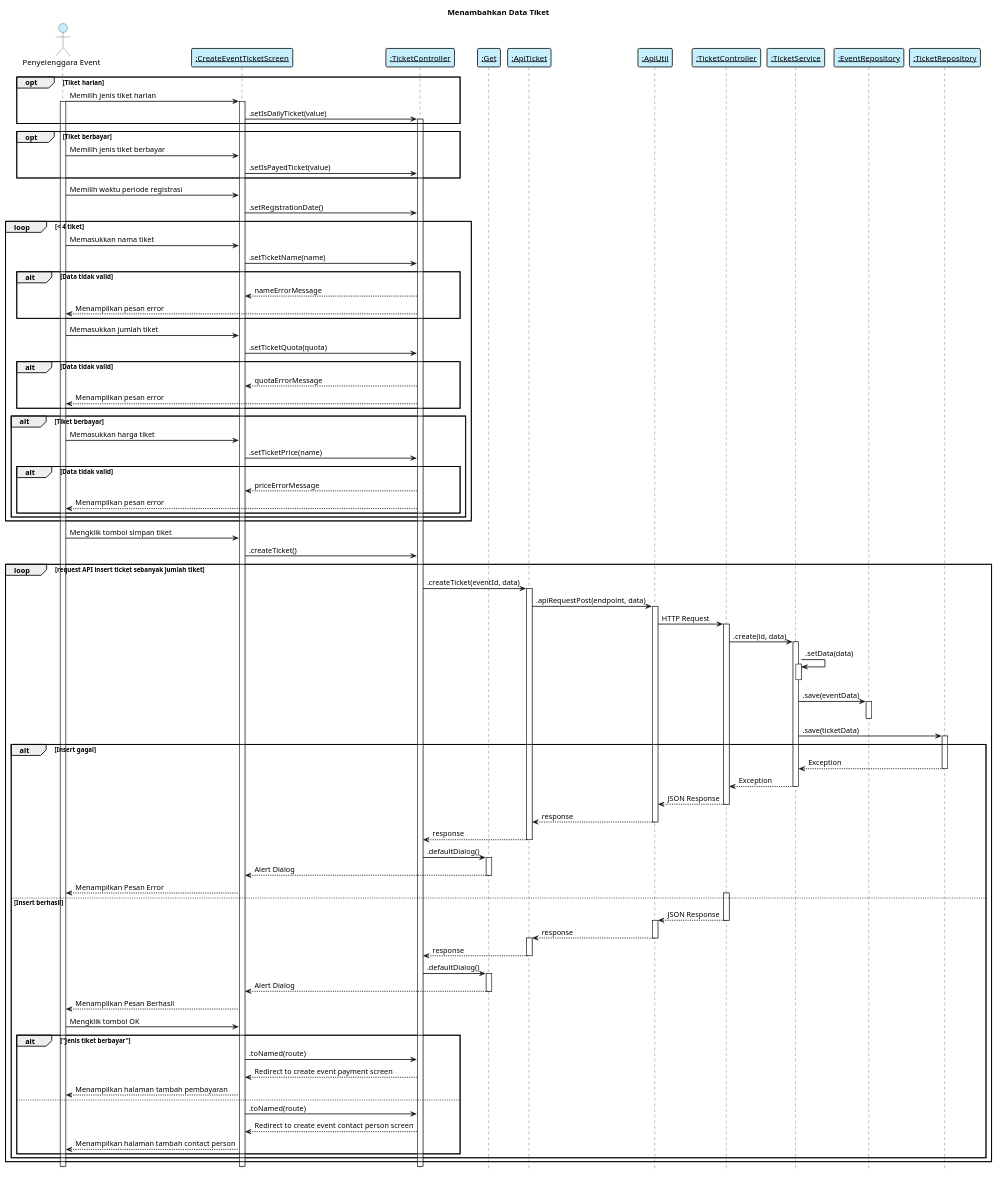
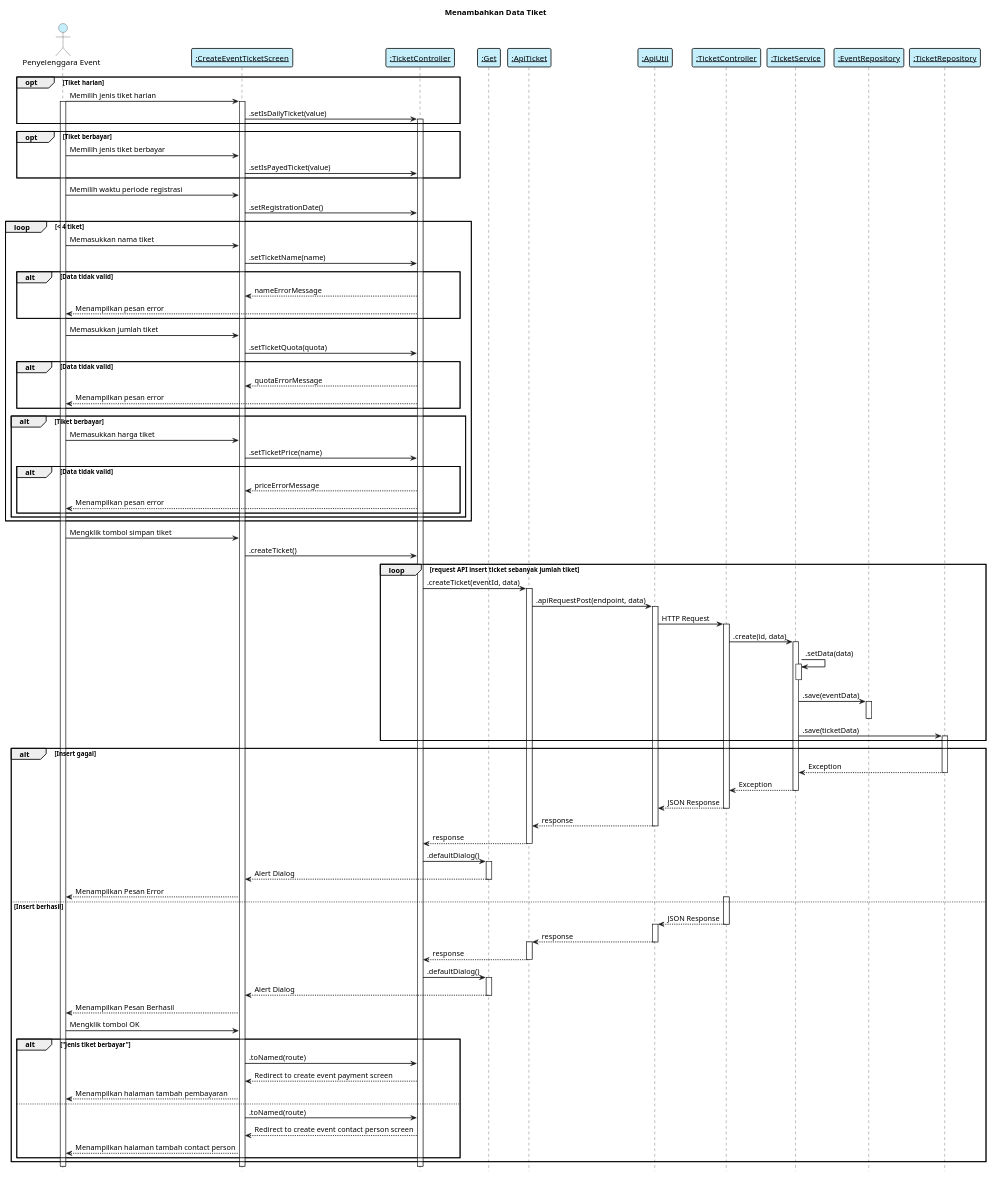
Before and after one commit to irfanfarras10/myevent-sequence: the diagram in menambahkan data tiket.wsd, drawn with PlantUML. The commit also changed 1 other file, not shown here.

```diff
--- a/menambahkan data tiket.wsd
+++ b/menambahkan data tiket.wsd
@@ -1,130 +1,131 @@
 @startuml menambahkan data tiket
 
     title "Menambahkan Data Tiket"
     hide footbox
     skinparam shadowing false
     skinparam sequence {    
         ArrowThickness 1.5
         ActorFontName Century Gothic
         ActorBackgroundColor  #C6EFFC
         ArrowFontName Century Gothic
         ParticipantBorderThickness 1.5
         ParticipantBackgroundColor #C6EFFC
     }
 
     actor "Penyelenggara Event" as eo
     participant "__:CreateEventTicketScreen__" as viewTicket
     participant "__:TicketController__" as controllerTicket
     participant "__:Get__" as libGet
     participant "__:ApiTicket__" as apiTicket
     participant "__:ApiUtil__" as apiUtil
     participant "__:TicketController__" as controllerTicketBackend
     participant "__:TicketService__" as serviceTicket
     participant "__:EventRepository__" as repositoryEvent
     participant "__:TicketRepository__" as repositoryTicket
 
     opt Tiket harian
         eo -> viewTicket: Memilih jenis tiket harian
         activate eo
         activate viewTicket
         viewTicket -> controllerTicket: .setIsDailyTicket(value)
         activate controllerTicket
     end
 
     opt Tiket berbayar
         eo -> viewTicket: Memilih jenis tiket berbayar
         viewTicket -> controllerTicket: .setIsPayedTicket(value)
     end
     
     eo -> viewTicket: Memilih waktu periode registrasi
     viewTicket -> controllerTicket: .setRegistrationDate()
 
     loop < 4 tiket
         eo -> viewTicket: Memasukkan nama tiket
         viewTicket -> controllerTicket: .setTicketName(name)
         alt Data tidak valid
             viewTicket <-- controllerTicket: nameErrorMessage
             eo <-- controllerTicket: Menampilkan pesan error
         end
 
         eo -> viewTicket: Memasukkan jumlah tiket 
         viewTicket -> controllerTicket: .setTicketQuota(quota)
         alt Data tidak valid
             viewTicket <-- controllerTicket: quotaErrorMessage
             eo <-- controllerTicket: Menampilkan pesan error
         end
 
         alt Tiket berbayar
             eo -> viewTicket: Memasukkan harga tiket 
             viewTicket -> controllerTicket: .setTicketPrice(name)
             alt Data tidak valid
                 viewTicket <-- controllerTicket: priceErrorMessage
                 eo <-- controllerTicket: Menampilkan pesan error
             end
         end
     end
 
     eo -> viewTicket: Mengklik tombol simpan tiket
     viewTicket -> controllerTicket: .createTicket()
     loop request API insert ticket sebanyak jumlah tiket
         controllerTicket -> apiTicket: .createTicket(eventId, data)
         activate apiTicket
         apiTicket -> apiUtil: .apiRequestPost(endpoint, data)
         activate apiUtil
         apiUtil -> controllerTicketBackend: HTTP Request
         activate controllerTicketBackend
         controllerTicketBackend -> serviceTicket: .create(id, data)
         activate serviceTicket
         serviceTicket -> serviceTicket: .setData(data)
         activate serviceTicket
         deactivate serviceTicket
         serviceTicket -> repositoryEvent: .save(eventData)
         activate repositoryEvent
         deactivate repositoryEvent
         serviceTicket -> repositoryTicket: .save(ticketData)
         activate repositoryTicket
-        alt Insert gagal
+    end
+
+      alt Insert gagal
             repositoryTicket --> serviceTicket: Exception
             deactivate 
             serviceTicket --> controllerTicketBackend: Exception
             deactivate 
             controllerTicketBackend --> apiUtil: JSON Response
             deactivate 
             apiUtil --> apiTicket: response 
             deactivate 
             apiTicket --> controllerTicket: response 
             deactivate 
             controllerTicket -> libGet: .defaultDialog()
             activate libGet
             libGet --> viewTicket: Alert Dialog
             deactivate libGet
             viewTicket --> eo: Menampilkan Pesan Error
         else Insert berhasil
             activate controllerTicketBackend
             controllerTicketBackend --> apiUtil: JSON Response
             deactivate controllerTicketBackend
             activate apiUtil
             apiUtil --> apiTicket: response
             deactivate apiUtil
             activate apiTicket
             apiTicket --> controllerTicket: response
             deactivate apiTicket
             controllerTicket -> libGet: .defaultDialog()
             activate libGet
             libGet --> viewTicket: Alert Dialog
             deactivate libGet
             viewTicket --> eo: Menampilkan Pesan Berhasil
             eo -> viewTicket: Mengklik tombol OK
             alt "Jenis tiket berbayar"
                 viewTicket -> controllerTicket: .toNamed(route)
                 controllerTicket --> viewTicket: Redirect to create event payment screen
                 viewTicket --> eo: Menampilkan halaman tambah pembayaran
             else
                 viewTicket -> controllerTicket: .toNamed(route)
                 controllerTicket --> viewTicket: Redirect to create event contact person screen
                 viewTicket --> eo: Menampilkan halaman tambah contact person
             end
         end
-    end
 
 @enduml
```
